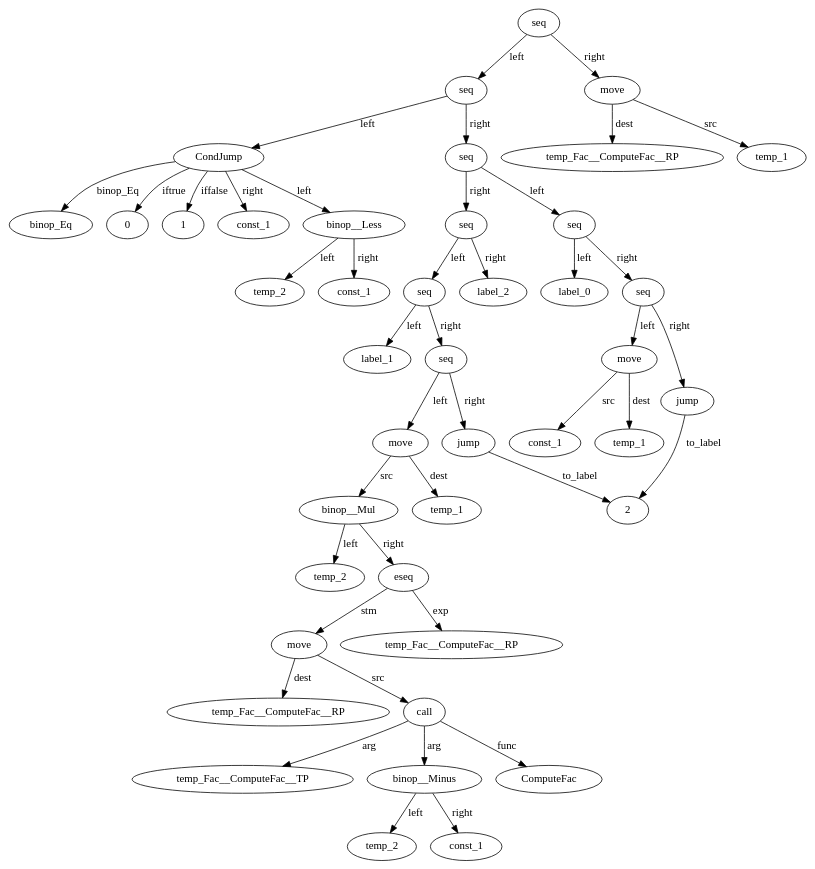
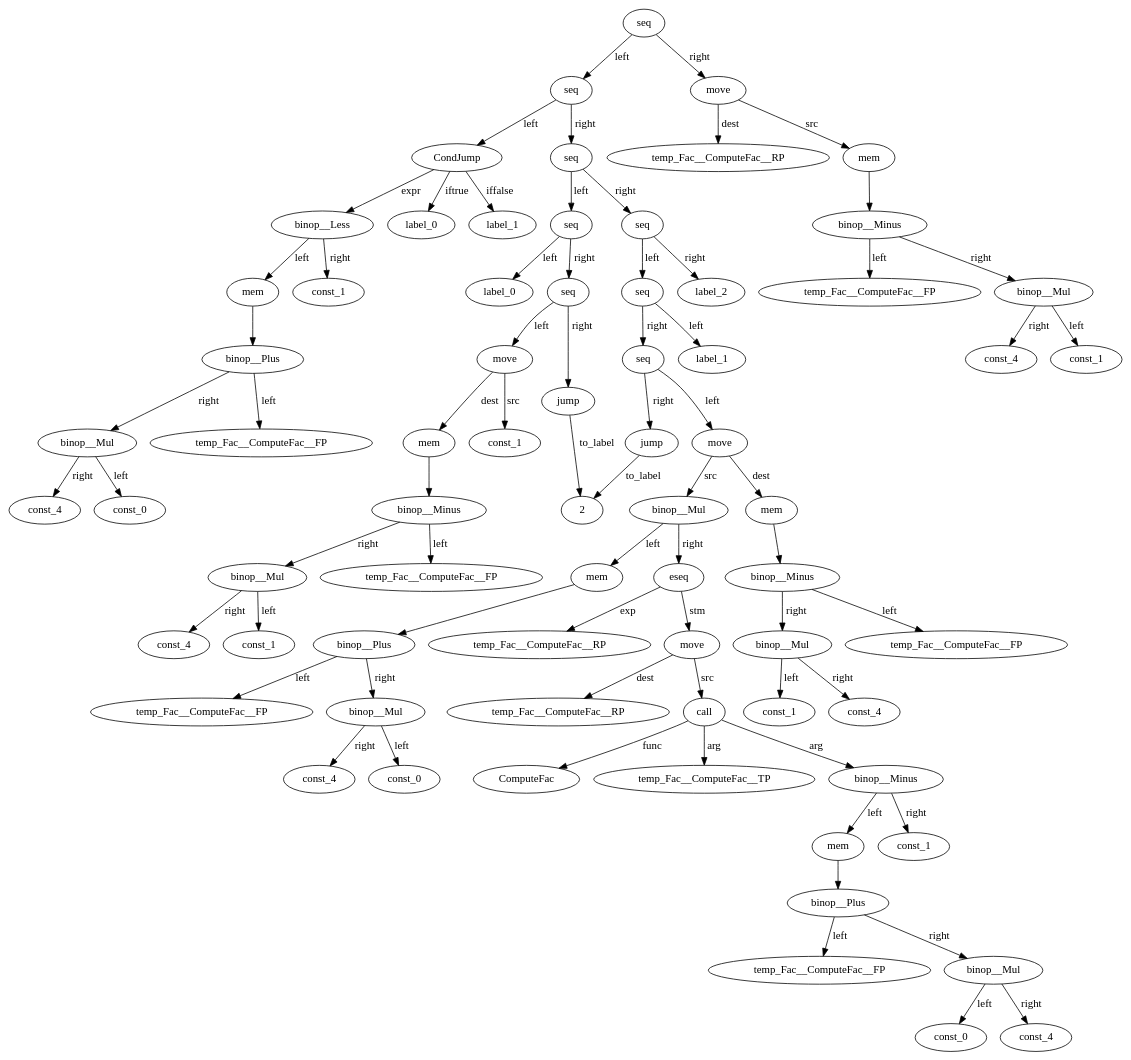
The diagram in MiniJavaCompiler/IRTree_Fac__ComputeFac.dot (DanAnastasyev/MiniJavaCompiler), drawn with Graphviz before and after one commit. The commit also changed 5 other files, not shown here.

Commit message:
добавил label_ в iftrue, iffalse. закостылил, что всегда добавляется label_ в вершину CJump. добавил вывод binop__Or. теперь у CJump 3 ребёнка, а не 5

```diff
--- a/MiniJavaCompiler/IRTree_Fac__ComputeFac.dot
+++ b/MiniJavaCompiler/IRTree_Fac__ComputeFac.dot
@@ -1,82 +1,139 @@
 digraph {
-const_1__id_0 [ label="const_1" ]; 
-temp_2__id_1 [ label="temp_2" ]; 
-const_1__id_2 [ label="const_1" ]; 
-binop__Less__id_3 [ label="binop__Less" ]; 
-binop__Less__id_3 -> const_1__id_2 [ label="right"] ; 
-binop__Less__id_3 -> temp_2__id_1 [ label="left"] ; 
-CondJump__id_4 [ label="CondJump" ]; 
-CondJump__id_4 -> binop__Less__id_3 [ label="left"] ; 
-CondJump__id_4 -> binop_Eq [ label="binop_Eq"] ; 
-CondJump__id_4 -> const_1__id_0 [ label="right"] ; 
-CondJump__id_4 -> 0 [ label="iftrue"] ; 
-CondJump__id_4 -> 1 [ label="iffalse"] ; 
-label_0__id_5 [ label="label_0" ]; 
-temp_1__id_6 [ label="temp_1" ]; 
-const_1__id_7 [ label="const_1" ]; 
-move__id_8 [ label="move" ]; 
-move__id_8 -> temp_1__id_6 [ label="dest"] ; 
-move__id_8 -> const_1__id_7 [ label="src"] ; 
-jump__id_9 [ label="jump" ]; 
-jump__id_9 -> 2 [ label="to_label"] ; 
-seq__id_10 [ label="seq" ]; 
-seq__id_10 -> move__id_8 [ label="left"] ; 
-seq__id_10 -> jump__id_9 [ label="right"] ; 
-seq__id_11 [ label="seq" ]; 
-seq__id_11 -> label_0__id_5 [ label="left"] ; 
-seq__id_11 -> seq__id_10 [ label="right"] ; 
-label_1__id_12 [ label="label_1" ]; 
-temp_1__id_13 [ label="temp_1" ]; 
-temp_2__id_14 [ label="temp_2" ]; 
-temp_Fac__ComputeFac__RP__id_15 [ label="temp_Fac__ComputeFac__RP" ]; 
-temp_Fac__ComputeFac__TP__id_16 [ label="temp_Fac__ComputeFac__TP" ]; 
-temp_2__id_17 [ label="temp_2" ]; 
-const_1__id_18 [ label="const_1" ]; 
-binop__Minus__id_19 [ label="binop__Minus" ]; 
-binop__Minus__id_19 -> const_1__id_18 [ label="right"] ; 
-binop__Minus__id_19 -> temp_2__id_17 [ label="left"] ; 
-call__id_20 [ label="call" ]; 
-call__id_20 -> ComputeFac [ label="func"] ; 
-call__id_20 -> temp_Fac__ComputeFac__TP__id_16 [ label="arg"] ; 
-call__id_20 -> binop__Minus__id_19 [ label="arg"] ; 
-move__id_21 [ label="move" ]; 
-move__id_21 -> temp_Fac__ComputeFac__RP__id_15 [ label="dest"] ; 
-move__id_21 -> call__id_20 [ label="src"] ; 
-temp_Fac__ComputeFac__RP__id_22 [ label="temp_Fac__ComputeFac__RP" ]; 
-eseq__id_23 [ label="eseq" ]; 
-eseq__id_23 -> temp_Fac__ComputeFac__RP__id_22 [ label="exp"] ; 
-eseq__id_23 -> move__id_21 [ label="stm"] ; 
-binop__Mul__id_24 [ label="binop__Mul" ]; 
-binop__Mul__id_24 -> eseq__id_23 [ label="right"] ; 
-binop__Mul__id_24 -> temp_2__id_14 [ label="left"] ; 
-move__id_25 [ label="move" ]; 
-move__id_25 -> temp_1__id_13 [ label="dest"] ; 
-move__id_25 -> binop__Mul__id_24 [ label="src"] ; 
-jump__id_26 [ label="jump" ]; 
-jump__id_26 -> 2 [ label="to_label"] ; 
-seq__id_27 [ label="seq" ]; 
-seq__id_27 -> move__id_25 [ label="left"] ; 
-seq__id_27 -> jump__id_26 [ label="right"] ; 
-seq__id_28 [ label="seq" ]; 
-seq__id_28 -> label_1__id_12 [ label="left"] ; 
-seq__id_28 -> seq__id_27 [ label="right"] ; 
-label_2__id_29 [ label="label_2" ]; 
-seq__id_30 [ label="seq" ]; 
-seq__id_30 -> seq__id_28 [ label="left"] ; 
-seq__id_30 -> label_2__id_29 [ label="right"] ; 
-seq__id_31 [ label="seq" ]; 
-seq__id_31 -> seq__id_11 [ label="left"] ; 
-seq__id_31 -> seq__id_30 [ label="right"] ; 
-seq__id_32 [ label="seq" ]; 
-seq__id_32 -> CondJump__id_4 [ label="left"] ; 
-seq__id_32 -> seq__id_31 [ label="right"] ; 
-temp_Fac__ComputeFac__RP__id_33 [ label="temp_Fac__ComputeFac__RP" ]; 
-temp_1__id_34 [ label="temp_1" ]; 
-move__id_35 [ label="move" ]; 
-move__id_35 -> temp_Fac__ComputeFac__RP__id_33 [ label="dest"] ; 
-move__id_35 -> temp_1__id_34 [ label="src"] ; 
-seq__id_36 [ label="seq" ]; 
-seq__id_36 -> seq__id_32 [ label="left"] ; 
-seq__id_36 -> move__id_35 [ label="right"] ; 
+temp_Fac__ComputeFac__FP__id_0 [ label="temp_Fac__ComputeFac__FP" ]; 
+const_0__id_1 [ label="const_0" ]; 
+const_4__id_2 [ label="const_4" ]; 
+binop__Mul__id_3 [ label="binop__Mul" ]; 
+binop__Mul__id_3 -> const_4__id_2 [ label="right"] ; 
+binop__Mul__id_3 -> const_0__id_1 [ label="left"] ; 
+binop__Plus__id_4 [ label="binop__Plus" ]; 
+binop__Plus__id_4 -> binop__Mul__id_3 [ label="right"] ; 
+binop__Plus__id_4 -> temp_Fac__ComputeFac__FP__id_0 [ label="left"] ; 
+mem__id_5 [ label="mem" ]; 
+mem__id_5 -> binop__Plus__id_4 ; 
+const_1__id_6 [ label="const_1" ]; 
+binop__Less__id_7 [ label="binop__Less" ]; 
+binop__Less__id_7 -> const_1__id_6 [ label="right"] ; 
+binop__Less__id_7 -> mem__id_5 [ label="left"] ; 
+CondJump__id_8 [ label="CondJump" ]; 
+CondJump__id_8 -> binop__Less__id_7 [ label="expr"] ; 
+CondJump__id_8 -> label_0 [ label="iftrue"] ; 
+CondJump__id_8 -> label_1 [ label="iffalse"] ; 
+label_0__id_9 [ label="label_0" ]; 
+temp_Fac__ComputeFac__FP__id_10 [ label="temp_Fac__ComputeFac__FP" ]; 
+const_1__id_11 [ label="const_1" ]; 
+const_4__id_12 [ label="const_4" ]; 
+binop__Mul__id_13 [ label="binop__Mul" ]; 
+binop__Mul__id_13 -> const_4__id_12 [ label="right"] ; 
+binop__Mul__id_13 -> const_1__id_11 [ label="left"] ; 
+binop__Minus__id_14 [ label="binop__Minus" ]; 
+binop__Minus__id_14 -> binop__Mul__id_13 [ label="right"] ; 
+binop__Minus__id_14 -> temp_Fac__ComputeFac__FP__id_10 [ label="left"] ; 
+mem__id_15 [ label="mem" ]; 
+mem__id_15 -> binop__Minus__id_14 ; 
+const_1__id_16 [ label="const_1" ]; 
+move__id_17 [ label="move" ]; 
+move__id_17 -> mem__id_15 [ label="dest"] ; 
+move__id_17 -> const_1__id_16 [ label="src"] ; 
+jump__id_18 [ label="jump" ]; 
+jump__id_18 -> 2 [ label="to_label"] ; 
+seq__id_19 [ label="seq" ]; 
+seq__id_19 -> move__id_17 [ label="left"] ; 
+seq__id_19 -> jump__id_18 [ label="right"] ; 
+seq__id_20 [ label="seq" ]; 
+seq__id_20 -> label_0__id_9 [ label="left"] ; 
+seq__id_20 -> seq__id_19 [ label="right"] ; 
+label_1__id_21 [ label="label_1" ]; 
+temp_Fac__ComputeFac__FP__id_22 [ label="temp_Fac__ComputeFac__FP" ]; 
+const_1__id_23 [ label="const_1" ]; 
+const_4__id_24 [ label="const_4" ]; 
+binop__Mul__id_25 [ label="binop__Mul" ]; 
+binop__Mul__id_25 -> const_4__id_24 [ label="right"] ; 
+binop__Mul__id_25 -> const_1__id_23 [ label="left"] ; 
+binop__Minus__id_26 [ label="binop__Minus" ]; 
+binop__Minus__id_26 -> binop__Mul__id_25 [ label="right"] ; 
+binop__Minus__id_26 -> temp_Fac__ComputeFac__FP__id_22 [ label="left"] ; 
+mem__id_27 [ label="mem" ]; 
+mem__id_27 -> binop__Minus__id_26 ; 
+temp_Fac__ComputeFac__FP__id_28 [ label="temp_Fac__ComputeFac__FP" ]; 
+const_0__id_29 [ label="const_0" ]; 
+const_4__id_30 [ label="const_4" ]; 
+binop__Mul__id_31 [ label="binop__Mul" ]; 
+binop__Mul__id_31 -> const_4__id_30 [ label="right"] ; 
+binop__Mul__id_31 -> const_0__id_29 [ label="left"] ; 
+binop__Plus__id_32 [ label="binop__Plus" ]; 
+binop__Plus__id_32 -> binop__Mul__id_31 [ label="right"] ; 
+binop__Plus__id_32 -> temp_Fac__ComputeFac__FP__id_28 [ label="left"] ; 
+mem__id_33 [ label="mem" ]; 
+mem__id_33 -> binop__Plus__id_32 ; 
+temp_Fac__ComputeFac__RP__id_34 [ label="temp_Fac__ComputeFac__RP" ]; 
+temp_Fac__ComputeFac__TP__id_35 [ label="temp_Fac__ComputeFac__TP" ]; 
+temp_Fac__ComputeFac__FP__id_36 [ label="temp_Fac__ComputeFac__FP" ]; 
+const_0__id_37 [ label="const_0" ]; 
+const_4__id_38 [ label="const_4" ]; 
+binop__Mul__id_39 [ label="binop__Mul" ]; 
+binop__Mul__id_39 -> const_4__id_38 [ label="right"] ; 
+binop__Mul__id_39 -> const_0__id_37 [ label="left"] ; 
+binop__Plus__id_40 [ label="binop__Plus" ]; 
+binop__Plus__id_40 -> binop__Mul__id_39 [ label="right"] ; 
+binop__Plus__id_40 -> temp_Fac__ComputeFac__FP__id_36 [ label="left"] ; 
+mem__id_41 [ label="mem" ]; 
+mem__id_41 -> binop__Plus__id_40 ; 
+const_1__id_42 [ label="const_1" ]; 
+binop__Minus__id_43 [ label="binop__Minus" ]; 
+binop__Minus__id_43 -> const_1__id_42 [ label="right"] ; 
+binop__Minus__id_43 -> mem__id_41 [ label="left"] ; 
+call__id_44 [ label="call" ]; 
+call__id_44 -> ComputeFac [ label="func"] ; 
+call__id_44 -> temp_Fac__ComputeFac__TP__id_35 [ label="arg"] ; 
+call__id_44 -> binop__Minus__id_43 [ label="arg"] ; 
+move__id_45 [ label="move" ]; 
+move__id_45 -> temp_Fac__ComputeFac__RP__id_34 [ label="dest"] ; 
+move__id_45 -> call__id_44 [ label="src"] ; 
+temp_Fac__ComputeFac__RP__id_46 [ label="temp_Fac__ComputeFac__RP" ]; 
+eseq__id_47 [ label="eseq" ]; 
+eseq__id_47 -> temp_Fac__ComputeFac__RP__id_46 [ label="exp"] ; 
+eseq__id_47 -> move__id_45 [ label="stm"] ; 
+binop__Mul__id_48 [ label="binop__Mul" ]; 
+binop__Mul__id_48 -> eseq__id_47 [ label="right"] ; 
+binop__Mul__id_48 -> mem__id_33 [ label="left"] ; 
+move__id_49 [ label="move" ]; 
+move__id_49 -> mem__id_27 [ label="dest"] ; 
+move__id_49 -> binop__Mul__id_48 [ label="src"] ; 
+jump__id_50 [ label="jump" ]; 
+jump__id_50 -> 2 [ label="to_label"] ; 
+seq__id_51 [ label="seq" ]; 
+seq__id_51 -> move__id_49 [ label="left"] ; 
+seq__id_51 -> jump__id_50 [ label="right"] ; 
+seq__id_52 [ label="seq" ]; 
+seq__id_52 -> label_1__id_21 [ label="left"] ; 
+seq__id_52 -> seq__id_51 [ label="right"] ; 
+label_2__id_53 [ label="label_2" ]; 
+seq__id_54 [ label="seq" ]; 
+seq__id_54 -> seq__id_52 [ label="left"] ; 
+seq__id_54 -> label_2__id_53 [ label="right"] ; 
+seq__id_55 [ label="seq" ]; 
+seq__id_55 -> seq__id_20 [ label="left"] ; 
+seq__id_55 -> seq__id_54 [ label="right"] ; 
+seq__id_56 [ label="seq" ]; 
+seq__id_56 -> CondJump__id_8 [ label="left"] ; 
+seq__id_56 -> seq__id_55 [ label="right"] ; 
+temp_Fac__ComputeFac__RP__id_57 [ label="temp_Fac__ComputeFac__RP" ]; 
+temp_Fac__ComputeFac__FP__id_58 [ label="temp_Fac__ComputeFac__FP" ]; 
+const_1__id_59 [ label="const_1" ]; 
+const_4__id_60 [ label="const_4" ]; 
+binop__Mul__id_61 [ label="binop__Mul" ]; 
+binop__Mul__id_61 -> const_4__id_60 [ label="right"] ; 
+binop__Mul__id_61 -> const_1__id_59 [ label="left"] ; 
+binop__Minus__id_62 [ label="binop__Minus" ]; 
+binop__Minus__id_62 -> binop__Mul__id_61 [ label="right"] ; 
+binop__Minus__id_62 -> temp_Fac__ComputeFac__FP__id_58 [ label="left"] ; 
+mem__id_63 [ label="mem" ]; 
+mem__id_63 -> binop__Minus__id_62 ; 
+move__id_64 [ label="move" ]; 
+move__id_64 -> temp_Fac__ComputeFac__RP__id_57 [ label="dest"] ; 
+move__id_64 -> mem__id_63 [ label="src"] ; 
+seq__id_65 [ label="seq" ]; 
+seq__id_65 -> seq__id_56 [ label="left"] ; 
+seq__id_65 -> move__id_64 [ label="right"] ; 
 
 }
```
